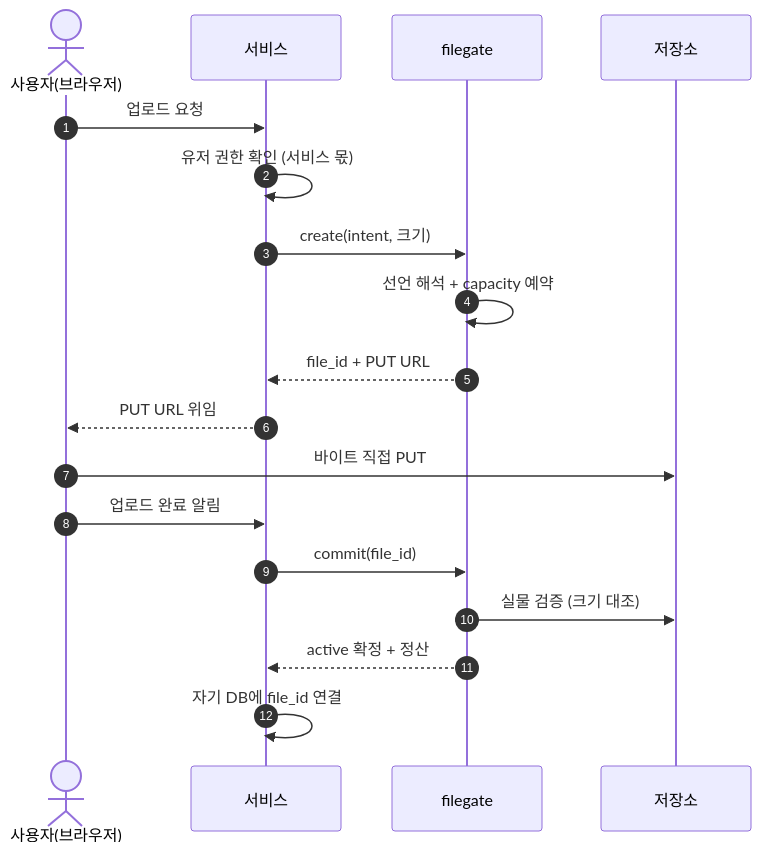
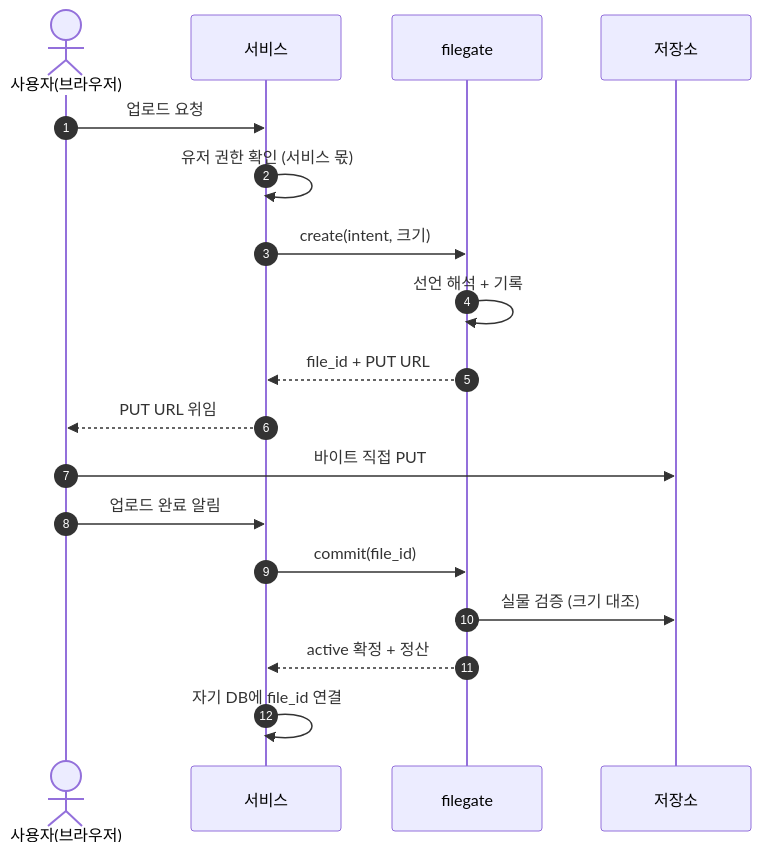
The first of 2 diagrams in docs/spec/00-operations.md (cagojeiger/filegate), drawn with Mermaid before and after one commit. The commit also changed other lines of this file and 18 other files, not shown here.

````diff
--- a/docs/spec/00-operations.md
+++ b/docs/spec/00-operations.md
@@ -80,21 +80,21 @@
 ```mermaid
 sequenceDiagram
     autonumber
     actor U as 사용자(브라우저)
     participant S as 서비스
     participant F as filegate
     participant O as 저장소
 
     U->>S: 업로드 요청
     S->>S: 유저 권한 확인 (서비스 몫)
     S->>F: create(intent, 크기)
-    F->>F: 선언 해석 + capacity 예약
+    F->>F: 선언 해석 + 기록
     F-->>S: file_id + PUT URL
     S-->>U: PUT URL 위임
     U->>O: 바이트 직접 PUT
     U->>S: 업로드 완료 알림
     S->>F: commit(file_id)
     F->>O: 실물 검증 (크기 대조)
     F-->>S: active 확정 + 정산
     S->>S: 자기 DB에 file_id 연결
 ```
````
